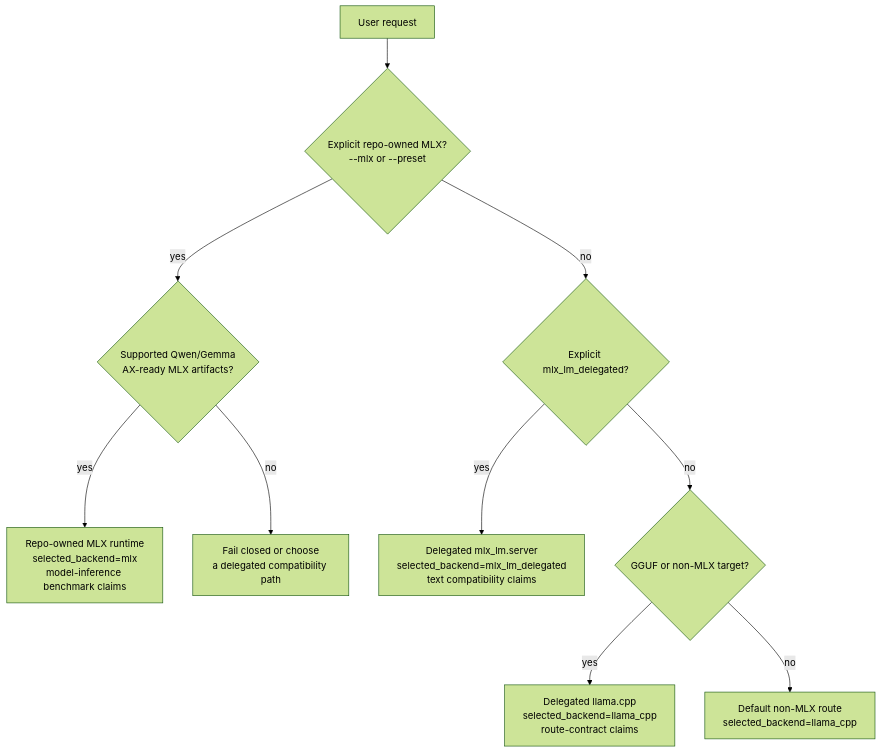
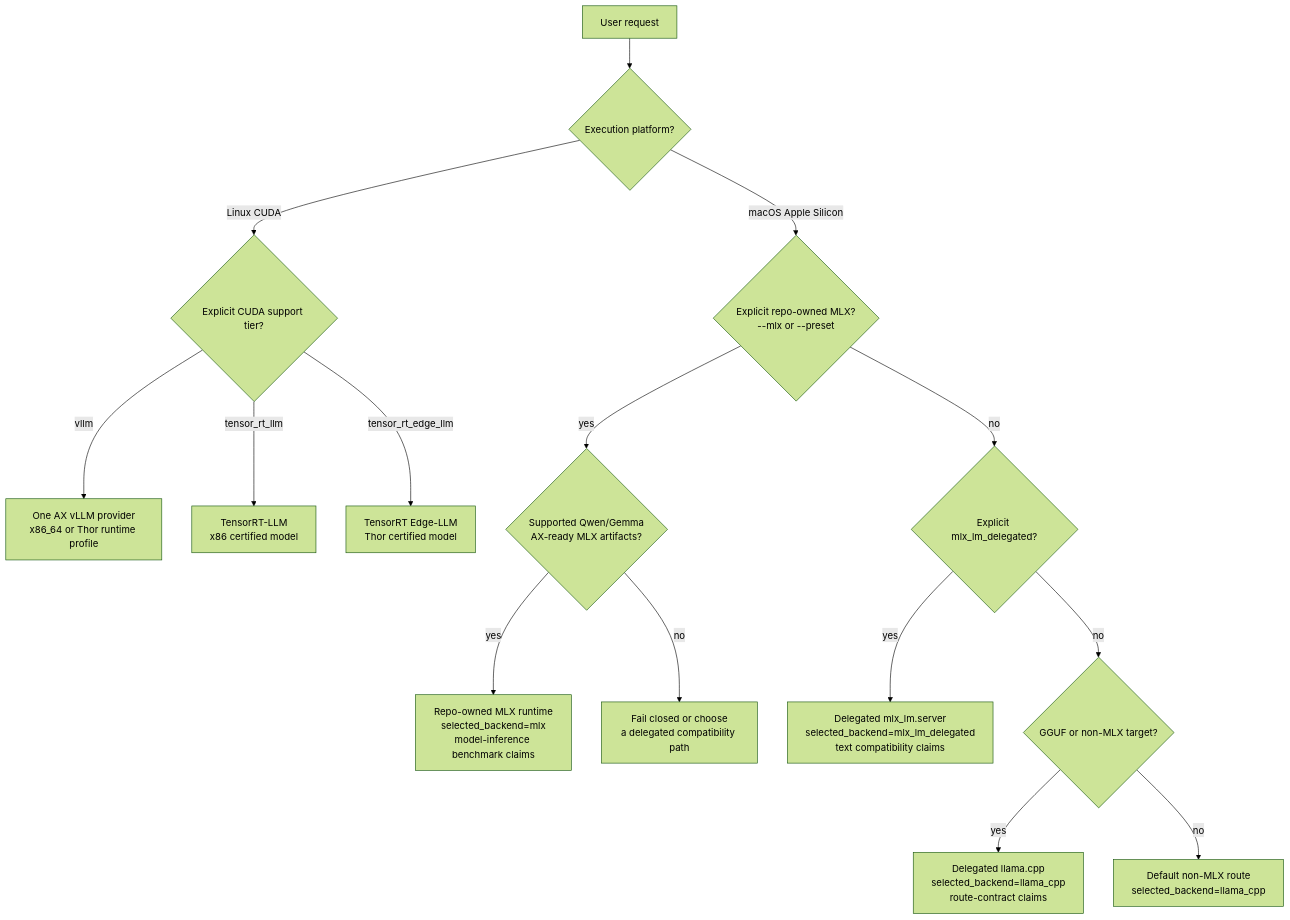
One commit to defai-digital/ax-engine changed the diagram in docs/GETTING-STARTED.md. Above: the diagram before and after it, drawn with Mermaid (forest theme). The commit also changed other lines of this file and 21 other files, not shown here.

Commit message:
Harden delegated vLLM CUDA delivery

````diff
--- a/docs/GETTING-STARTED.md
+++ b/docs/GETTING-STARTED.md
@@ -29,12 +36,17 @@
 ```mermaid
 flowchart TD
-    request["User request"] --> explicitMlx{"Explicit repo-owned MLX?\n--mlx or --preset"}
+    request["User request"] --> platform{"Execution platform?"}
+    platform -->|macOS Apple Silicon| explicitMlx{"Explicit repo-owned MLX?\n--mlx or --preset"}
+    platform -->|Linux CUDA| cuda{"Explicit CUDA support tier?"}
+    cuda -->|vllm| vllm["One AX vLLM provider\nx86_64 or Thor runtime profile"]
+    cuda -->|tensor_rt_llm| trt["TensorRT-LLM\nx86 certified model"]
+    cuda -->|tensor_rt_edge_llm| edge["TensorRT Edge-LLM\nThor certified model"]
     explicitMlx -->|yes| supportedMlx{"Supported Qwen/Gemma\nAX-ready MLX artifacts?"}
     supportedMlx -->|yes| mlx["Repo-owned MLX runtime\nselected_backend=mlx\nmodel-inference benchmark claims"]
     supportedMlx -->|no| unsupported["Fail closed or choose\na delegated compatibility path"]
     explicitMlx -->|no| delegatedMlx{"Explicit mlx_lm_delegated?"}
     delegatedMlx -->|yes| mlxLm["Delegated mlx_lm.server\nselected_backend=mlx_lm_delegated\ntext compatibility claims"]
     delegatedMlx -->|no| gguf{"GGUF or non-MLX target?"}
     gguf -->|yes| llama["Delegated llama.cpp\nselected_backend=llama_cpp\nroute-contract claims"]
     gguf -->|no| llamaDefault["Default non-MLX route\nselected_backend=llama_cpp"]
 ```
````
